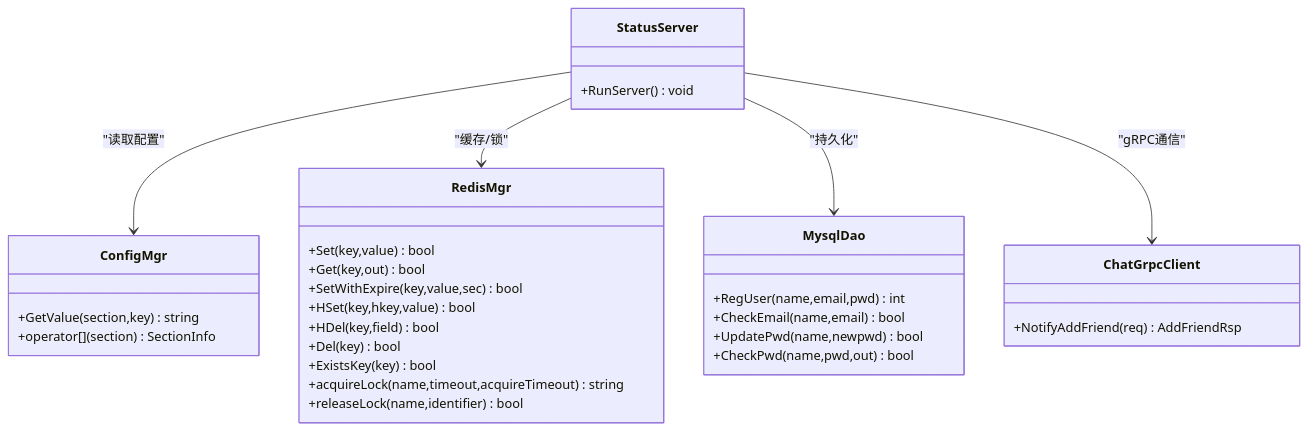
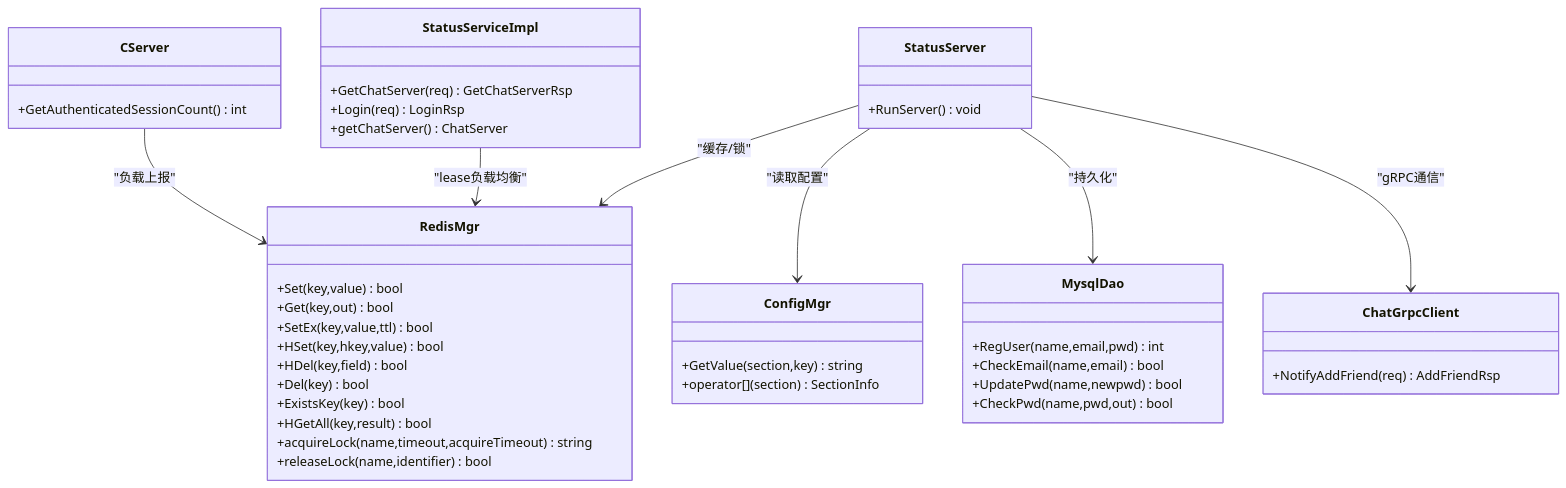
Before and after one commit to echo9923/mychatter: the fourth of 4 diagrams in .qoder/repowiki/zh/content/部署运维/服务部署/服务配置/StatusServer状态服务配置.md, drawn with Mermaid. The commit also changed other lines of this file and 107 other files, not shown here.

````diff
--- a/.qoder/repowiki/zh/content/部署运维/服务部署/服务配置/StatusServer状态服务配置.md
+++ b/.qoder/repowiki/zh/content/部署运维/服务部署/服务配置/StatusServer状态服务配置.md
@@ -214,34 +302,45 @@
 ```mermaid
 classDiagram
 class ConfigMgr {
 +GetValue(section,key) string
 +operator[](section) SectionInfo
 }
 class RedisMgr {
 +Set(key,value) bool
 +Get(key,out) bool
-+SetWithExpire(key,value,sec) bool
++SetEx(key,value,ttl) bool
 +HSet(key,hkey,value) bool
 +HDel(key,field) bool
 +Del(key) bool
 +ExistsKey(key) bool
++HGetAll(key,result) bool
 +acquireLock(name,timeout,acquireTimeout) string
 +releaseLock(name,identifier) bool
 }
 class MysqlDao {
 +RegUser(name,email,pwd) int
 +CheckEmail(name,email) bool
 +UpdatePwd(name,newpwd) bool
 +CheckPwd(name,pwd,out) bool
 }
 class ChatGrpcClient {
 +NotifyAddFriend(req) AddFriendRsp
 }
+class StatusServiceImpl {
++GetChatServer(req) GetChatServerRsp
++Login(req) LoginRsp
++getChatServer() ChatServer
+}
 class StatusServer {
 +RunServer() void
+}
+class CServer {
++GetAuthenticatedSessionCount() int
 }
 StatusServer --> ConfigMgr : "读取配置"
 StatusServer --> RedisMgr : "缓存/锁"
 StatusServer --> MysqlDao : "持久化"
 StatusServer --> ChatGrpcClient : "gRPC通信"
+StatusServiceImpl --> RedisMgr : "lease负载均衡"
+CServer --> RedisMgr : "负载上报"
 ```
````
